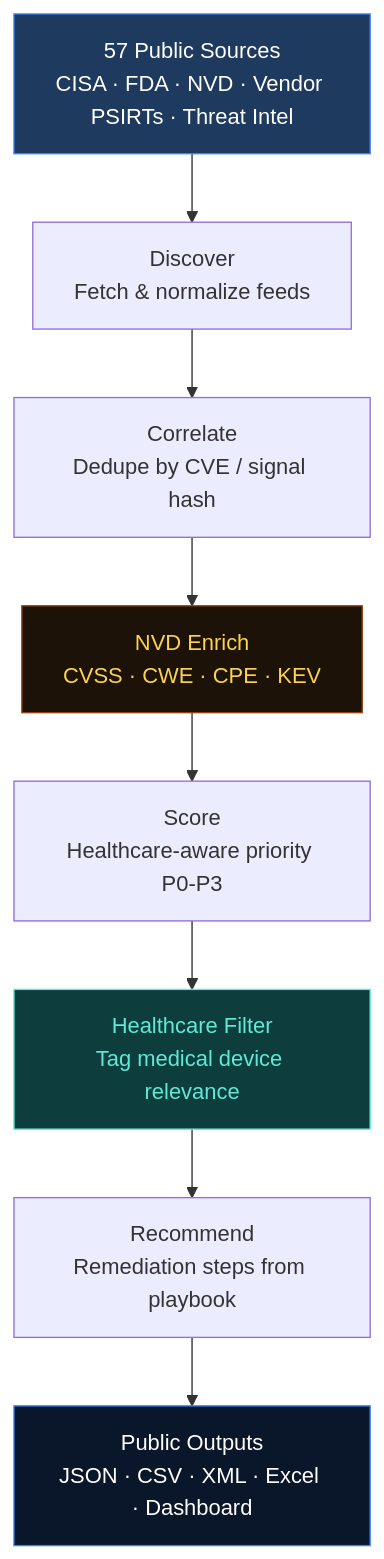
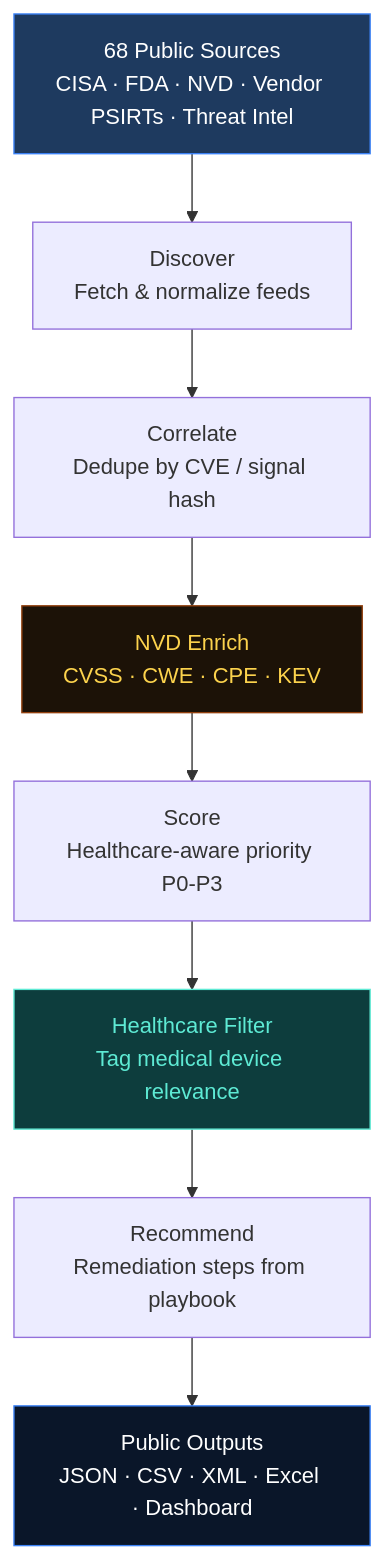
The diagram in README.md (travisfunk/advisoryops), drawn with Mermaid before and after one commit. The commit also changed other lines of this file, not shown here.

````diff
--- a/README.md
+++ b/README.md
@@ -105,15 +105,15 @@
 ```mermaid
 flowchart TD
-    A[57 Public Sources<br/>CISA · FDA · NVD · Vendor PSIRTs · Threat Intel] --> B[Discover<br/>Fetch & normalize feeds]
+    A[68 Public Sources<br/>CISA · FDA · NVD · Vendor PSIRTs · Threat Intel] --> B[Discover<br/>Fetch & normalize feeds]
     B --> C[Correlate<br/>Dedupe by CVE / signal hash]
     C --> D[NVD Enrich<br/>CVSS · CWE · CPE · KEV]
     D --> E[Score<br/>Healthcare-aware priority P0-P3]
     E --> F[Healthcare Filter<br/>Tag medical device relevance]
     F --> G[Recommend<br/>Remediation steps from playbook]
     G --> H[Public Outputs<br/>JSON · CSV · XML · Excel · Dashboard]
     
     style A fill:#1e3a5f,stroke:#3b82f6,color:#fff
     style D fill:#1c1207,stroke:#92400e,color:#fcd34d
     style F fill:#0d3d3d,stroke:#5eead4,color:#5eead4
     style H fill:#0a1629,stroke:#3b82f6,color:#fff
 ```
````
